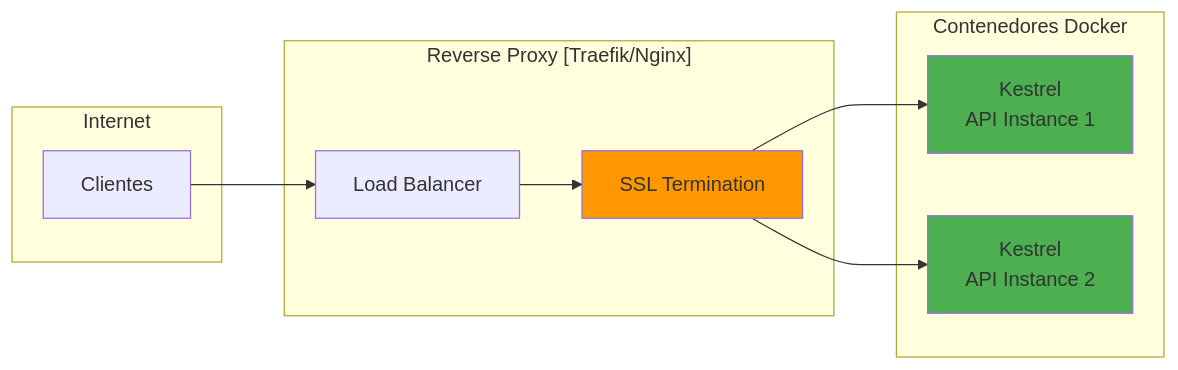
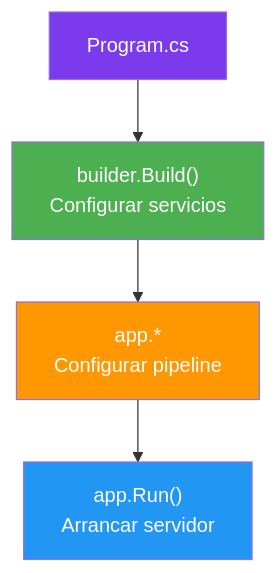
The sixth of 6 diagrams in 05-arquitectura-pipeline.md (joseluisgs/DesarrolloWebEntornosServidor-02-2026-2027), drawn with Mermaid before and after one commit. The commit also changed other lines of this file, not shown here.

First line of the commit message:
[docs] Reescribe punto 05: Arquitectura y Pipeline HTTP

````diff
--- a/05-arquitectura-pipeline.md
+++ b/05-arquitectura-pipeline.md
@@ -914,25 +278,10 @@
 ```mermaid
-flowchart LR
-    subgraph "Internet"
-        C["Clientes"]
-    end
-    
-    subgraph "Reverse Proxy [Traefik/Nginx]"
-        LB["Load Balancer"]
-        SSL["SSL Termination"]
-    end
-    
-    subgraph "Contenedores Docker"
-        K1["Kestrel<br/>API Instance 1"]
-        K2["Kestrel<br/>API Instance 2"]
-    end
-    
-    C --> LB
-    LB --> SSL
-    SSL --> K1
-    SSL --> K2
-    
-    style K1 fill:#4CAF50
-    style K2 fill:#4CAF50
-    style SSL fill:#FF9800
+flowchart TD
+    A["Program.cs"] --> B["builder.Build()<br/>Configurar servicios"]
+    B --> C["app.*<br/>Configurar pipeline"]
+    C --> D["app.Run()<br/>Arrancar servidor"]
+    style A fill:#7c3aed,color:#fff
+    style B fill:#4CAF50,color:#fff
+    style C fill:#FF9800,color:#fff
+    style D fill:#2196F3,color:#fff
 ```
````
